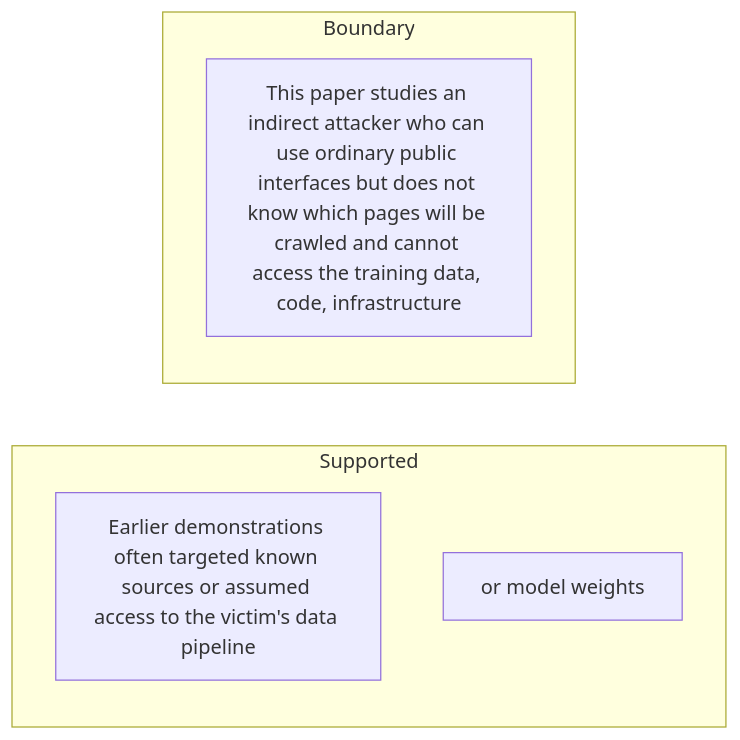
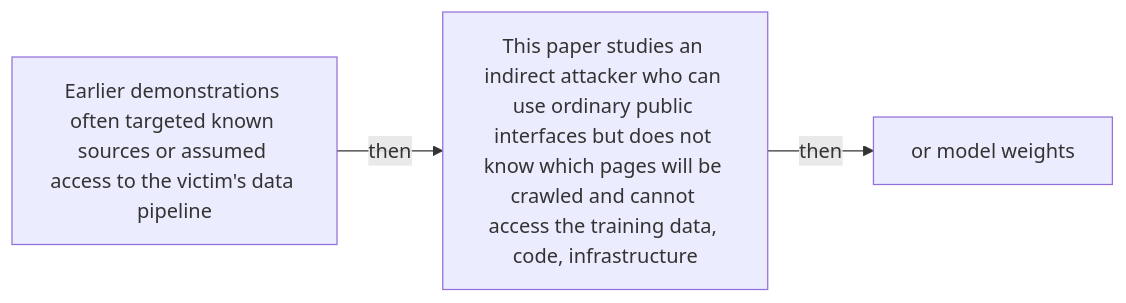
One commit to Betancourt1/paper_atlas changed the sixth of 48 diagrams in docs/visual-manifests/VISUAL_MANIFEST_COMPUTATIONAL_PROPAGANDA.md. Above: the diagram before and after it, drawn with Mermaid. The commit also changed other lines of this file and 7 other files, not shown here.

````diff
--- a/docs/visual-manifests/VISUAL_MANIFEST_COMPUTATIONAL_PROPAGANDA.md
+++ b/docs/visual-manifests/VISUAL_MANIFEST_COMPUTATIONAL_PROPAGANDA.md
@@ -448,10 +438,8 @@
 ```mermaid
 flowchart LR
-  subgraph Supported
-    a1["Earlier demonstrations often targeted known sources or assumed access to the victim's data pipeline"]
-    a2["or model weights"]
-  end
-  subgraph Boundary
-    b1["This paper studies an indirect attacker who can use ordinary public interfaces but does not know which pages will be crawled and cannot access the training data, code, infrastructure"]
-  end
+  n1["Earlier demonstrations often targeted known sources or assumed access to the victim's data pipeline"]
+  n2["This paper studies an indirect attacker who can use ordinary public interfaces but does not know which pages will be crawled and cannot access the training data, code, infrastructure"]
+  n3["or model weights"]
+  n1 -->|"then"| n2
+  n2 -->|"then"| n3
 ```
````
